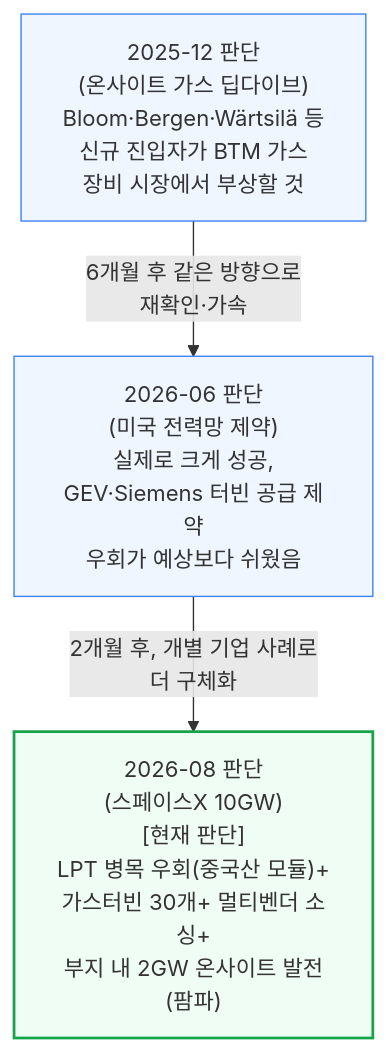
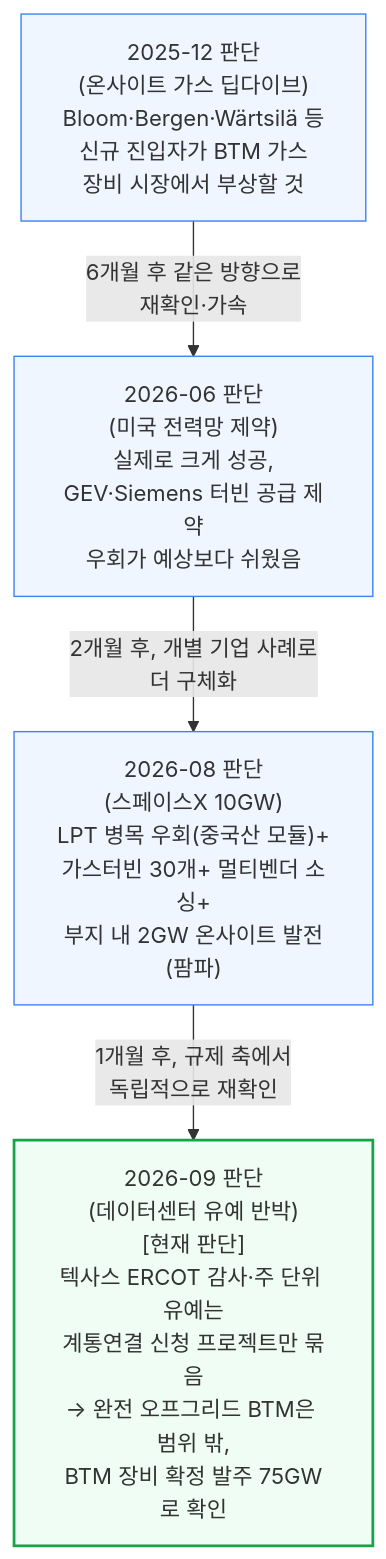
Before and after one commit to yohan4477/semi-report: the third of 5 diagrams in 통합 리포트/카테고리별 통합 리포트/[260704] 전력 통합 리포트.md, drawn with Mermaid. The commit also changed other lines of this file and 18 other files, not shown here.

````diff
--- a/통합 리포트/카테고리별 통합 리포트/[260704] 전력 통합 리포트.md
+++ b/통합 리포트/카테고리별 통합 리포트/[260704] 전력 통합 리포트.md
@@ -84,9 +87,11 @@
 ```mermaid
 flowchart TD
     D2025["2025-12 판단<br/>(온사이트 가스 딥다이브)<br/>Bloom·Bergen·Wärtsilä 등<br/>신규 진입자가 BTM 가스<br/>장비 시장에서 부상할 것"] -->|"6개월 후 같은 방향으로<br/>재확인·가속"| D2026c["2026-06 판단<br/>(미국 전력망 제약)<br/>실제로 크게 성공,<br/>GEV·Siemens 터빈 공급 제약<br/>우회가 예상보다 쉬웠음"]
-    D2026c -->|"2개월 후, 개별 기업 사례로<br/>더 구체화"| D2026e["2026-08 판단<br/>(스페이스X 10GW)<br/>[현재 판단]<br/>LPT 병목 우회(중국산 모듈)+<br/>가스터빈 30개+ 멀티벤더 소싱+<br/>부지 내 2GW 온사이트 발전(팜파)"]
+    D2026c -->|"2개월 후, 개별 기업 사례로<br/>더 구체화"| D2026e["2026-08 판단<br/>(스페이스X 10GW)<br/>LPT 병목 우회(중국산 모듈)+<br/>가스터빈 30개+ 멀티벤더 소싱+<br/>부지 내 2GW 온사이트 발전(팜파)"]
+    D2026e -->|"1개월 후, 규제 축에서<br/>독립적으로 재확인"| D2026h["2026-09 판단<br/>(데이터센터 유예 반박)<br/>[현재 판단]<br/>텍사스 ERCOT 감사·주 단위 유예는<br/>계통연결 신청 프로젝트만 묶음<br/>→ 완전 오프그리드 BTM은 범위 밖,<br/>BTM 장비 확정 발주 75GW로 확인"]
 
     style D2025 fill:#eff6ff,stroke:#3b82f6
     style D2026c fill:#eff6ff,stroke:#3b82f6
-    style D2026e fill:#f0fdf4,stroke:#16a34a,stroke-width:2px
+    style D2026e fill:#eff6ff,stroke:#3b82f6
+    style D2026h fill:#f0fdf4,stroke:#16a34a,stroke-width:2px
 ```
````
